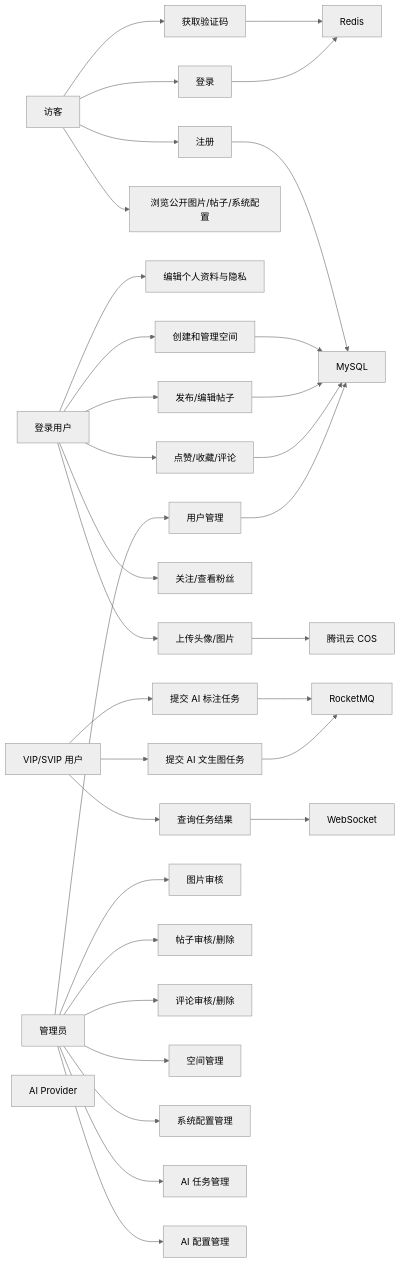
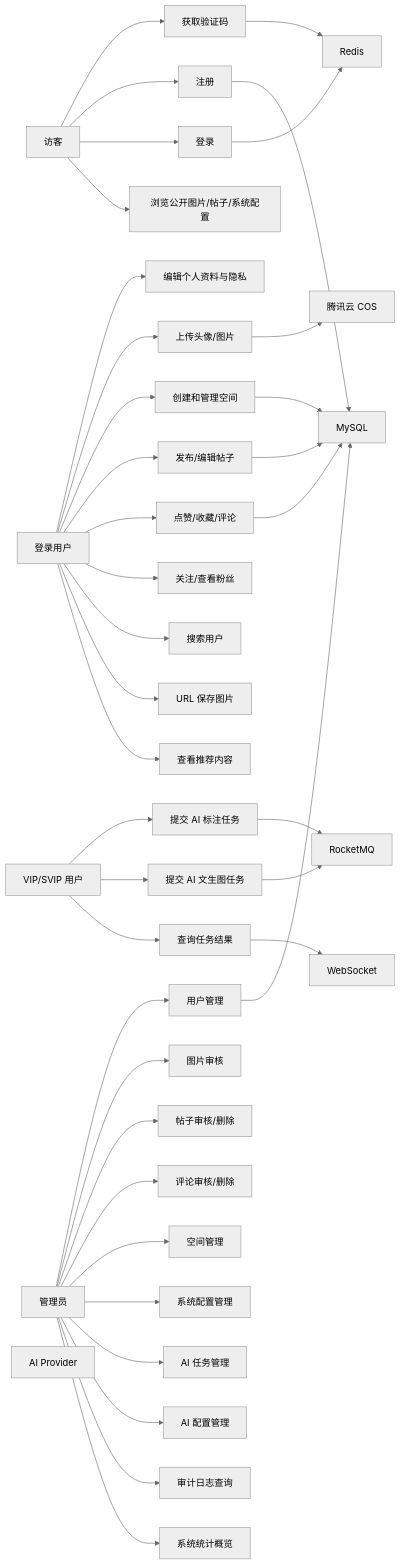
Before and after one commit to FishDuM/AI.Image.Material.Collaboration.Platform: the first of 8 diagrams in model/uml_diagrams.md, drawn with Mermaid (neutral theme). The commit also changed other lines of this file and 5 other files, not shown here.

````diff
--- a/model/uml_diagrams.md
+++ b/model/uml_diagrams.md
@@ -24,50 +25,55 @@
 ```mermaid
 flowchart LR
     Guest["访客"]
     User["登录用户"]
     Vip["VIP/SVIP 用户"]
     Admin["管理员"]
     Redis["Redis"]
     COS["腾讯云 COS"]
     AI["AI Provider"]
     DB["MySQL"]
     MQ["RocketMQ"]
     WS["WebSocket"]
 
     Guest --> UC1["获取验证码"]
     Guest --> UC2["注册"]
     Guest --> UC3["登录"]
     Guest --> UC4["浏览公开图片/帖子/系统配置"]
 
     User --> UC5["编辑个人资料与隐私"]
     User --> UC6["上传头像/图片"]
     User --> UC7["创建和管理空间"]
     User --> UC8["发布/编辑帖子"]
     User --> UC9["点赞/收藏/评论"]
     User --> UC10["关注/查看粉丝"]
+    User --> UC22["搜索用户"]
+    User --> UC23["URL 保存图片"]
+    User --> UC24["查看推荐内容"]
 
     Vip --> UC11["提交 AI 标注任务"]
     Vip --> UC12["提交 AI 文生图任务"]
     Vip --> UC13["查询任务结果"]
 
     Admin --> UC14["用户管理"]
     Admin --> UC15["图片审核"]
     Admin --> UC16["帖子审核/删除"]
     Admin --> UC17["评论审核/删除"]
     Admin --> UC18["空间管理"]
     Admin --> UC19["系统配置管理"]
     Admin --> UC20["AI 任务管理"]
     Admin --> UC21["AI 配置管理"]
+    Admin --> UC25["审计日志查询"]
+    Admin --> UC26["系统统计概览"]
 
     UC1 --> Redis
     UC3 --> Redis
     UC6 --> COS
     UC11 --> MQ
     UC12 --> MQ
     UC13 --> WS
     UC2 --> DB
     UC7 --> DB
     UC8 --> DB
     UC9 --> DB
     UC14 --> DB
 ```
````
